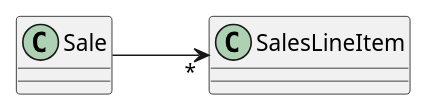
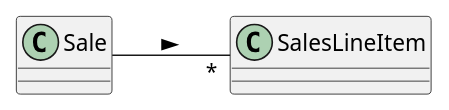
The third of 8 diagrams in Lectures/07_Design_to_Code.org (bth-dipt-teaching/PA1458-OO-Design), drawn with PlantUML before and after one commit. The commit also changed other lines of this file and 3 other files, not shown here.

```diff
--- a/Lectures/07_Design_to_Code.org
+++ b/Lectures/07_Design_to_Code.org
@@ -76,5 +76,5 @@
 #+BEGIN_SRC plantuml :file FCollectionsToCode.png
 ' scale 2
 left to right direction
-Sale --> "*" SalesLineItem
+Sale -- "*" SalesLineItem : >
 #+END_SRC
```
